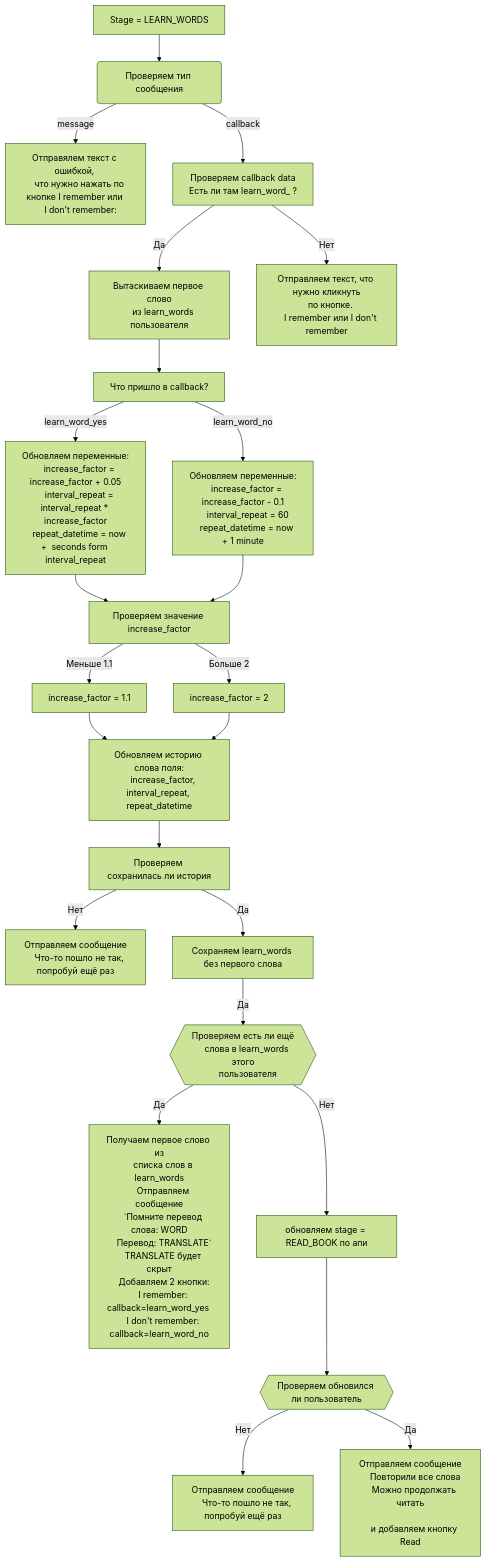
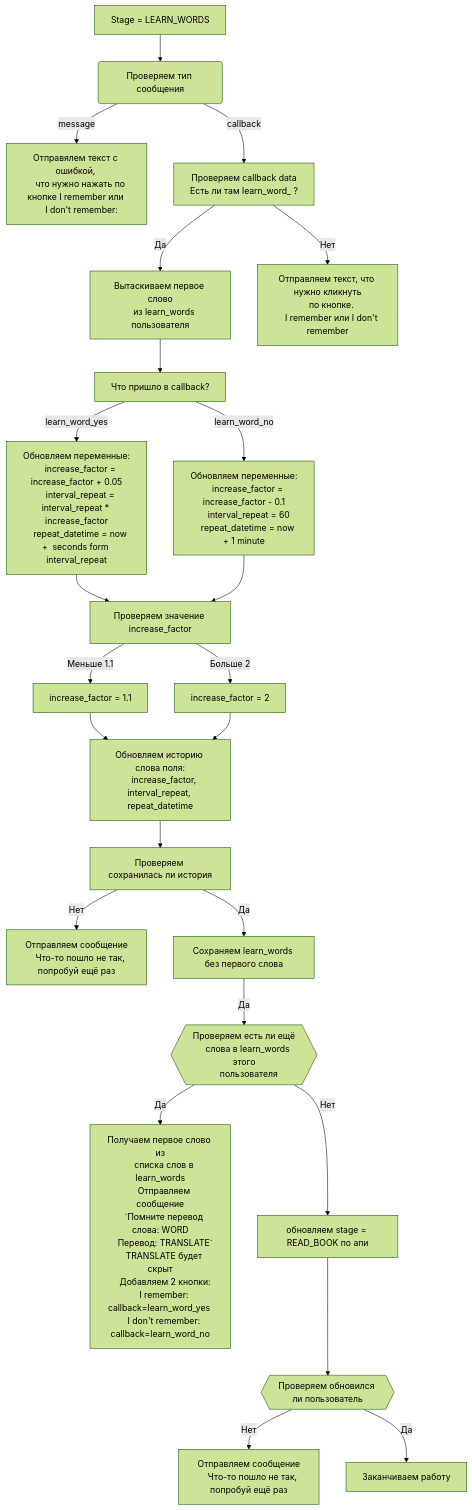
One commit to psgaiduk/learning_en_telegram_bot changed the second of 2 diagrams in documentation/leran_words.md. Above: the diagram before and after it, drawn with Mermaid (forest theme).

Commit message:
docs(documentation): update logic for last word if it is last word LEARN_WORDS

````diff
--- a/documentation/leran_words.md
+++ b/documentation/leran_words.md
@@ -36,78 +36,73 @@
 ```mermaid
 graph TD;
     start[Stage = LEARN_WORDS] --> check_type_message(Проверяем тип сообщения)
     check_type_message --> |message| check_text_message[
     Отправялем текст с ошибкой, 
     что нужно нажать по кнопке I remember или 
     I don't remember:
     ]
     check_type_message --> |callback| check_callback_data[Проверяем callback data
     Есть ли там learn_word_ ?]
     check_callback_data --> |Да| get_first_word[
     Вытаскиваем первое слово
     из learn_words пользователя]
     get_first_word --> check_callback_answer[Что пришло в callback?]
     check_callback_answer --> |learn_word_yes| remember_word[Обновляем переменные:
     increase_factor = increase_factor + 0.05
     interval_repeat = interval_repeat * increase_factor
     repeat_datetime = now +  seconds form interval_repeat]
     check_callback_answer --> |learn_word_no| dont_remember_word[Обновляем переменные:
     increase_factor = increase_factor - 0.1
     interval_repeat = 60
     repeat_datetime = now + 1 minute]
     remember_word --> check_increase_factor[Проверяем значение increase_factor]
     dont_remember_word --> check_increase_factor
     check_increase_factor --> |Больше 2| more_2_increase_factor[increase_factor = 2]
     check_increase_factor --> |Меньше 1.1| less_1.1_increase_factor[increase_factor = 1.1]
     less_1.1_increase_factor --> save_words_history
     more_2_increase_factor --> save_words_history[
     Обновляем историю слова поля:
     increase_factor, interval_repeat, repeat_datetime
     ]
     save_words_history --> check_save_words_history[Проверяем сохранилась ли история]
     check_save_words_history --> |Нет| bad_save_words_history[
     Отправляем сообщение
     Что-то пошло не так, попробуй ещё раз
     ]
     check_callback_data --> |Нет| wrong_callback_data[Отправляем текст, что нужно кликнуть
     по кнопке. 
     I remember или I don't remember]
     check_save_words_history --> |Да| update_context_learn_words[
     Сохраняем learn_words без первого слова
     ]
     update_context_learn_words --> |Да| check_learn_words{{
     Проверяем есть ли ещё
     слова в learn_words этого
     пользователя
     }}
     check_learn_words --> |Да| send_message[
     Получаем первое слово из
     списка слов в learn_words
     Отправляем сообщение
     `Помните перевод слова: WORD
     Перевод: TRANSLATE`
     TRANSLATE будет скрыт
     Добавляем 2 кнопки:
     I remember: callback=learn_word_yes 
     I don't remember: callback=learn_word_no
     ]
     check_learn_words --> |Нет| update_stage_user[
     обновляем stage = READ_BOOK по апи
     ]
     update_stage_user --> check_update_stage_user{{
     Проверяем обновился ли пользователь
     }}
     check_update_stage_user --> |Нет| send_error_after_not_update_user[
     Отправляем сообщение
     Что-то пошло не так, попробуй ещё раз
     ]
     check_update_stage_user --> |Да| send_message_end_words[
-    Отправляем сообщение
-    Повторили все слова
-    Можно продолжать читать
-    
-    и добавляем кнопку Read
-    ]
+    Заканчиваем работу]
     
     classDef new fill:#69f,stroke:#333,stroke-width:2px;
 ```
````
